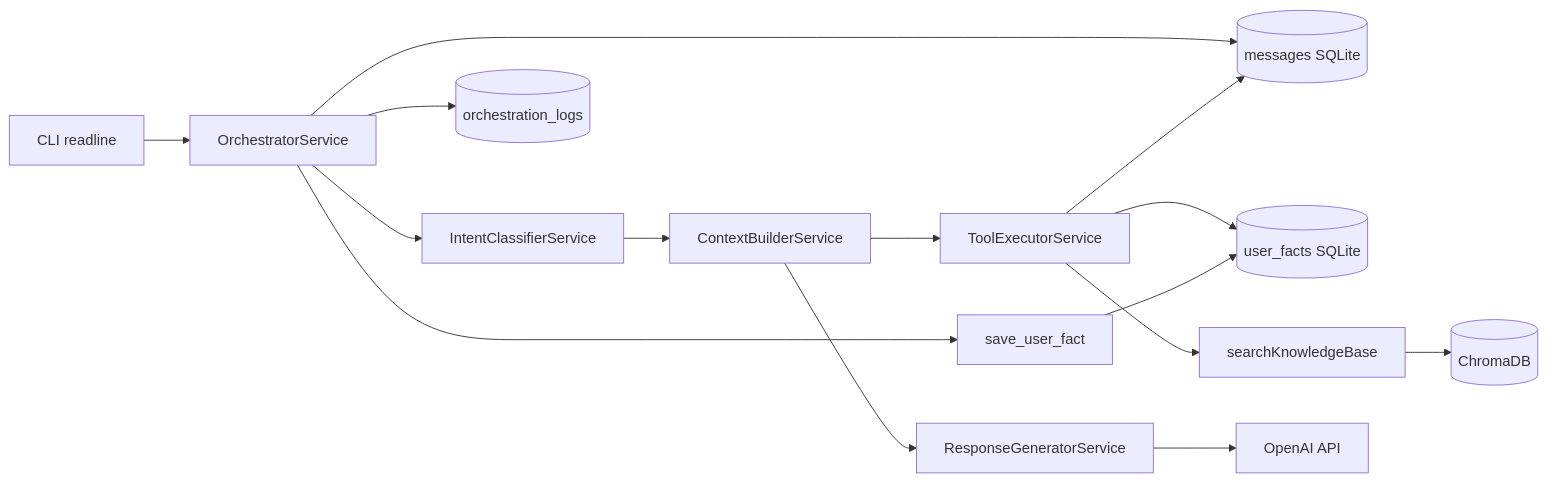
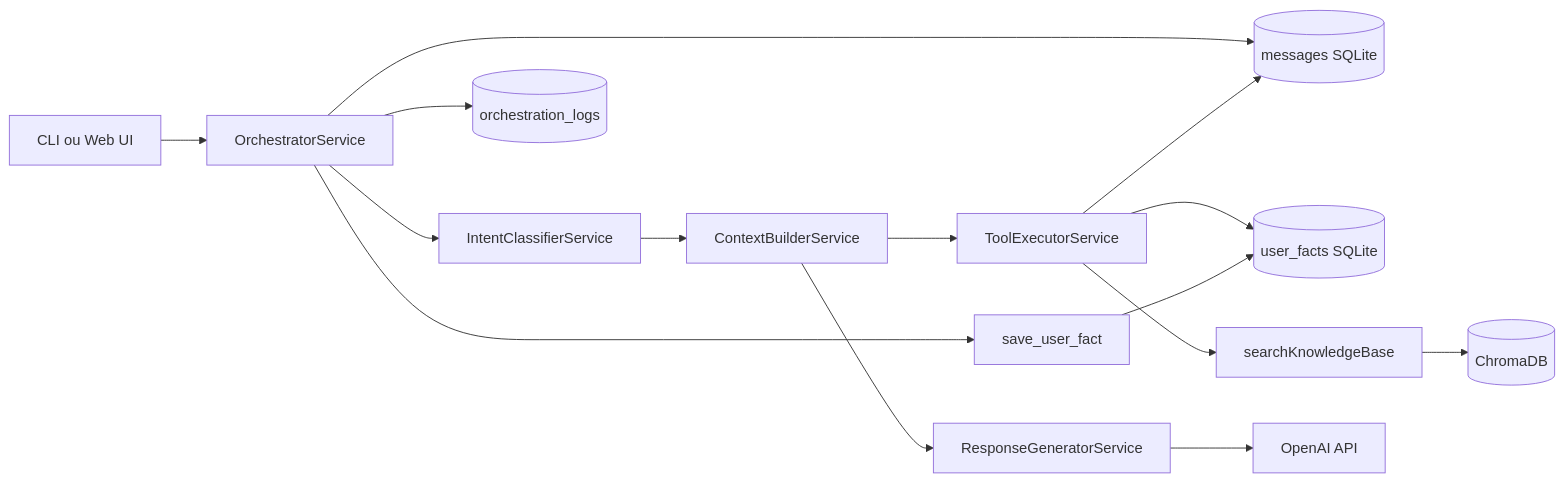
The diagram in README.md (lucas-oitaven/burger-queen-ai-assistant), drawn with Mermaid before and after one commit. The commit also changed other lines of this file, not shown here.

Commit message:
docs: add web UI quick start to README

````diff
--- a/README.md
+++ b/README.md
@@ -89,17 +131,17 @@
 ```mermaid
 flowchart LR
-  CLI[CLI readline] --> ORCH[OrchestratorService]
+  UI[CLI ou Web UI] --> ORCH[OrchestratorService]
   ORCH --> MSG[(messages SQLite)]
   ORCH --> INTENT[IntentClassifierService]
   INTENT --> CTX[ContextBuilderService]
   CTX --> TOOLS[ToolExecutorService]
   TOOLS --> MSG
   TOOLS --> MEM[(user_facts SQLite)]
   TOOLS --> RAG[searchKnowledgeBase]
   RAG --> CHROMA[(ChromaDB)]
   CTX --> LLM[ResponseGeneratorService]
   LLM --> OPENAI[OpenAI API]
   ORCH --> TOOLS2[save_user_fact]
   TOOLS2 --> MEM
   ORCH --> LOG[(orchestration_logs)]
 ```
````
